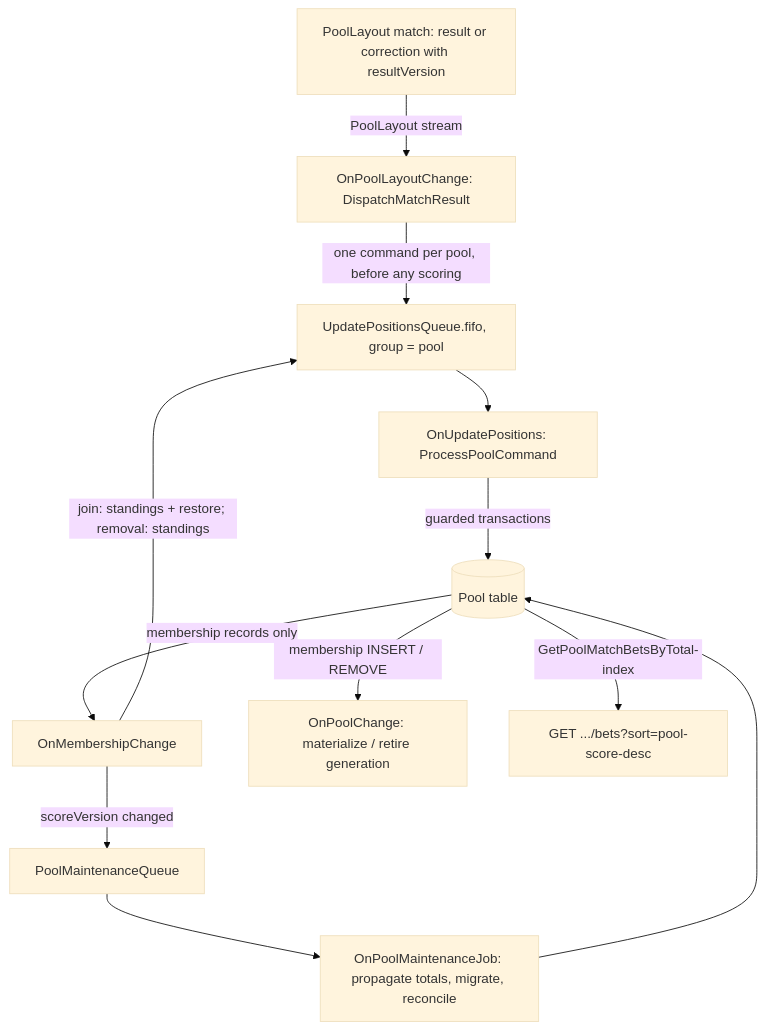
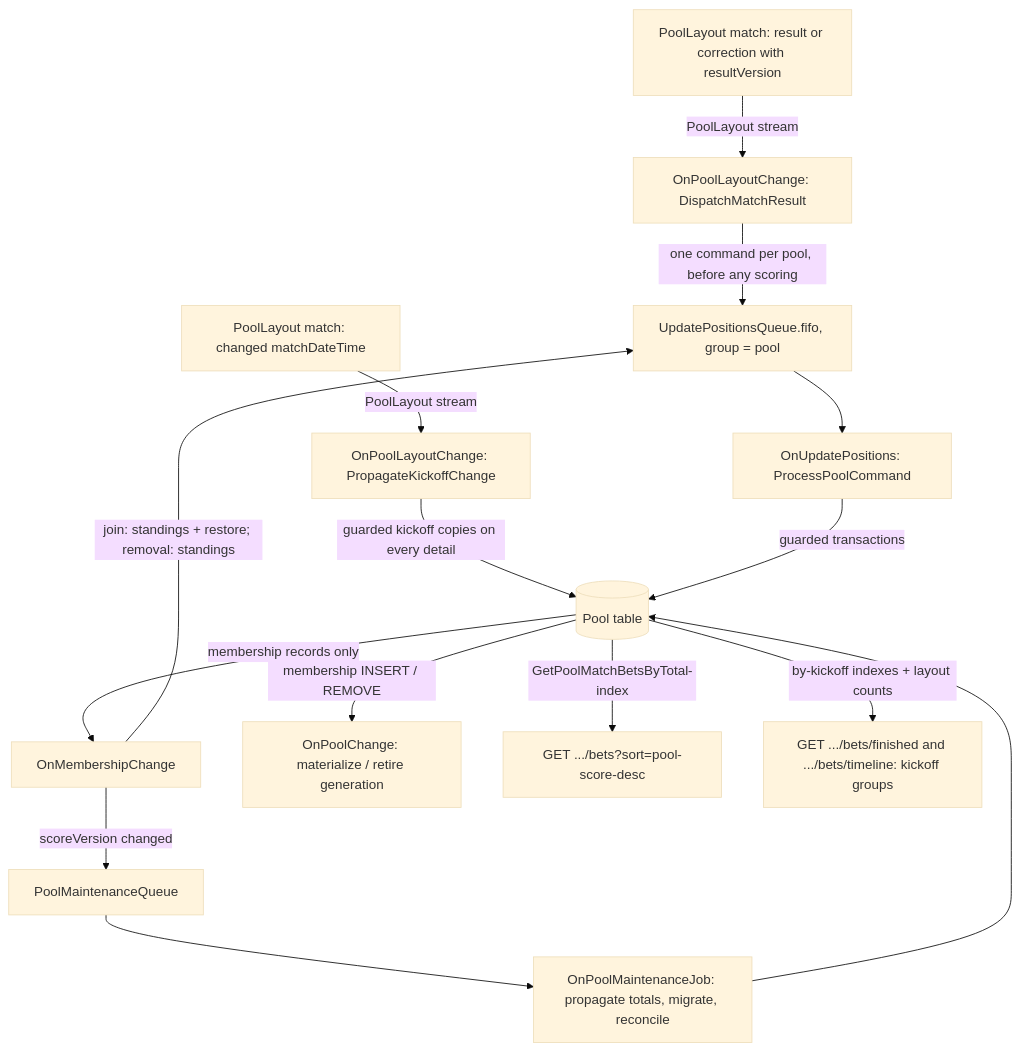
The diagram in docs/pool-settlement.md (felipearpa/tyche), drawn with Mermaid (base theme) before and after one commit. The commit also changed other lines of this file and 459 other files, not shown here.

````diff
--- a/docs/pool-settlement.md
+++ b/docs/pool-settlement.md
@@ -7,14 +7,17 @@
 ```mermaid
 flowchart TD
     Layout[PoolLayout match: result or correction with resultVersion] -->|PoolLayout stream| Dispatch[OnPoolLayoutChange: DispatchMatchResult]
+    Reschedule[PoolLayout match: changed matchDateTime] -->|PoolLayout stream| Propagate[OnPoolLayoutChange: PropagateKickoffChange]
+    Propagate -->|guarded kickoff copies on every detail| Pool
     Dispatch -->|one command per pool, before any scoring| Fifo[UpdatePositionsQueue.fifo, group = pool]
     Fifo --> Worker[OnUpdatePositions: ProcessPoolCommand]
     Worker -->|guarded transactions| Pool[(Pool table)]
     Pool -->|membership records only| Membership[OnMembershipChange]
     Membership -->|scoreVersion changed| Jobs[PoolMaintenanceQueue]
     Membership -->|join: standings + restore; removal: standings| Fifo
     Pool -->|membership INSERT / REMOVE| PoolEvent[OnPoolChange: materialize / retire generation]
     Jobs --> Maintenance[OnPoolMaintenanceJob: propagate totals, migrate, reconcile]
     Maintenance --> Pool
     Pool -->|GetPoolMatchBetsByTotal-index| Ranked[GET .../bets?sort=pool-score-desc]
+    Pool -->|by-kickoff indexes + layout counts| Feeds[GET .../bets/finished and .../bets/timeline: kickoff groups]
 ```
````
